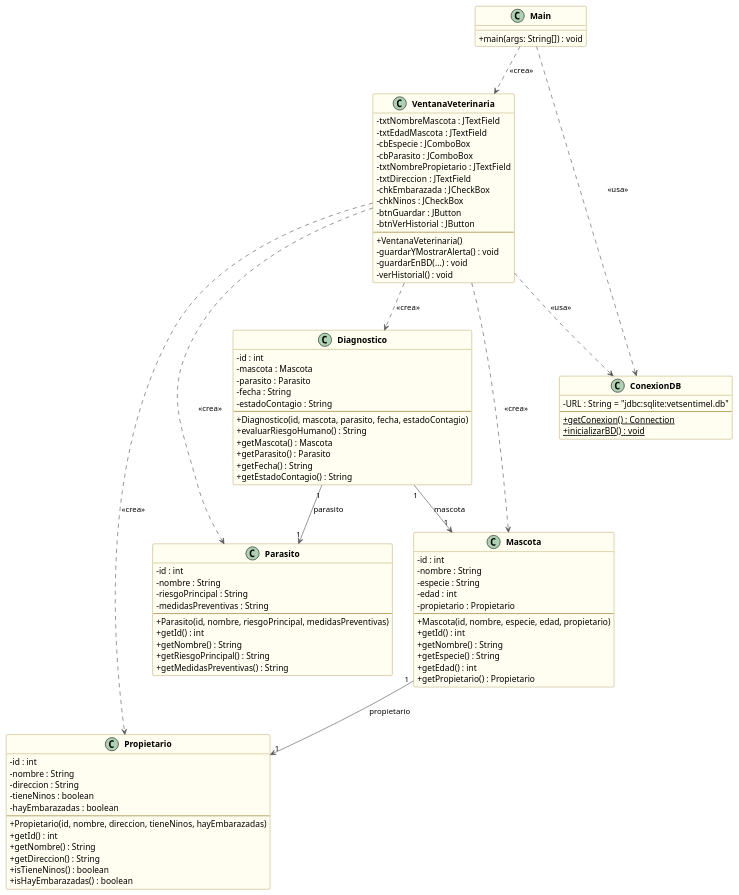
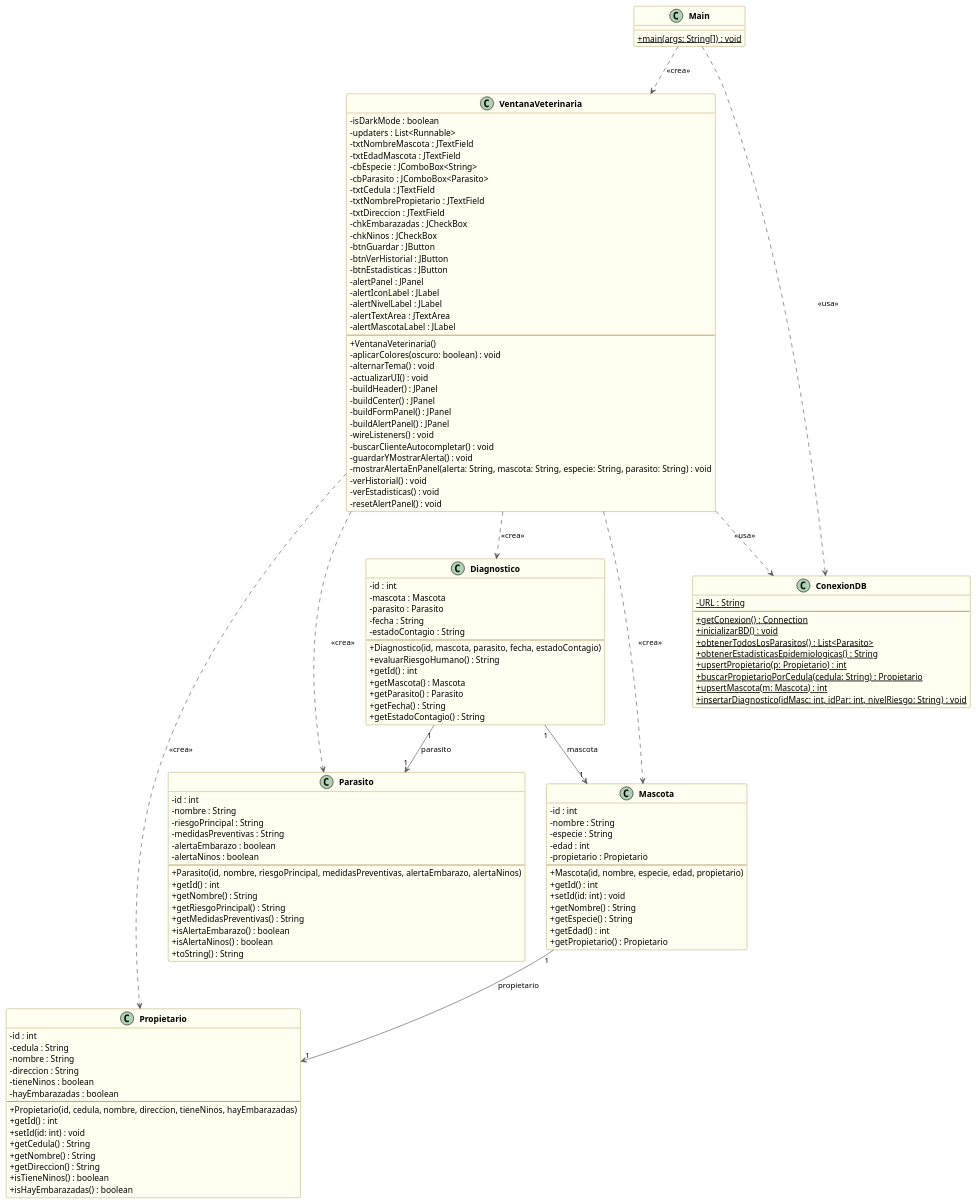
One commit to Fierro-z/VetSentinel changed the diagram in VetSentinel.puml. Above: the diagram before and after it, drawn with PlantUML.

Commit message:
actualizacion diagrama de clases

```diff
--- a/VetSentinel.puml
+++ b/VetSentinel.puml
@@ -1,112 +1,148 @@
 @startuml VetSentinel
 
 skinparam classAttributeIconSize 0
 skinparam classFontStyle Bold
 skinparam class {
     BackgroundColor #FFFEF0
     BorderColor #8B6914
     ArrowColor #555555
 }
 
 class Main {
-    + main(args: String[]) : void
+    + {static} main(args: String[]) : void
 }
 
 class ConexionDB {
-    - URL : String = "jdbc:sqlite:vetsentimel.db"
+    - {static} URL : String
     --
     + {static} getConexion() : Connection
     + {static} inicializarBD() : void
+    + {static} obtenerTodosLosParasitos() : List<Parasito>
+    + {static} obtenerEstadisticasEpidemiologicas() : String
+    + {static} upsertPropietario(p: Propietario) : int
+    + {static} buscarPropietarioPorCedula(cedula: String) : Propietario
+    + {static} upsertMascota(m: Mascota) : int
+    + {static} insertarDiagnostico(idMasc: int, idPar: int, nivelRiesgo: String) : void
 }
 
 class Propietario {
     - id : int
+    - cedula : String
     - nombre : String
     - direccion : String
     - tieneNinos : boolean
     - hayEmbarazadas : boolean
     --
-    + Propietario(id, nombre, direccion, tieneNinos, hayEmbarazadas)
+    + Propietario(id, cedula, nombre, direccion, tieneNinos, hayEmbarazadas)
     + getId() : int
+    + setId(id: int) : void
+    + getCedula() : String
     + getNombre() : String
     + getDireccion() : String
     + isTieneNinos() : boolean
     + isHayEmbarazadas() : boolean
 }
 
 class Mascota {
     - id : int
     - nombre : String
     - especie : String
     - edad : int
     - propietario : Propietario
     --
     + Mascota(id, nombre, especie, edad, propietario)
     + getId() : int
+    + setId(id: int) : void
     + getNombre() : String
     + getEspecie() : String
     + getEdad() : int
     + getPropietario() : Propietario
 }
 
 class Parasito {
     - id : int
     - nombre : String
     - riesgoPrincipal : String
     - medidasPreventivas : String
+    - alertaEmbarazo : boolean
+    - alertaNinos : boolean
     --
-    + Parasito(id, nombre, riesgoPrincipal, medidasPreventivas)
+    + Parasito(id, nombre, riesgoPrincipal, medidasPreventivas, alertaEmbarazo, alertaNinos)
     + getId() : int
     + getNombre() : String
     + getRiesgoPrincipal() : String
     + getMedidasPreventivas() : String
+    + isAlertaEmbarazo() : boolean
+    + isAlertaNinos() : boolean
+    + toString() : String
 }
 
 class Diagnostico {
     - id : int
     - mascota : Mascota
     - parasito : Parasito
     - fecha : String
     - estadoContagio : String
     --
     + Diagnostico(id, mascota, parasito, fecha, estadoContagio)
     + evaluarRiesgoHumano() : String
+    + getId() : int
     + getMascota() : Mascota
     + getParasito() : Parasito
     + getFecha() : String
     + getEstadoContagio() : String
 }
 
 class VentanaVeterinaria {
+    - isDarkMode : boolean
+    - updaters : List<Runnable>
     - txtNombreMascota : JTextField
     - txtEdadMascota : JTextField
-    - cbEspecie : JComboBox
-    - cbParasito : JComboBox
+    - cbEspecie : JComboBox<String>
+    - cbParasito : JComboBox<Parasito>
+    - txtCedula : JTextField
     - txtNombrePropietario : JTextField
     - txtDireccion : JTextField
-    - chkEmbarazada : JCheckBox
+    - chkEmbarazadas : JCheckBox
     - chkNinos : JCheckBox
     - btnGuardar : JButton
     - btnVerHistorial : JButton
+    - btnEstadisticas : JButton
+    - alertPanel : JPanel
+    - alertIconLabel : JLabel
+    - alertNivelLabel : JLabel
+    - alertTextArea : JTextArea
+    - alertMascotaLabel : JLabel
     --
     + VentanaVeterinaria()
+    - aplicarColores(oscuro: boolean) : void
+    - alternarTema() : void
+    - actualizarUI() : void
+    - buildHeader() : JPanel
+    - buildCenter() : JPanel
+    - buildFormPanel() : JPanel
+    - buildAlertPanel() : JPanel
+    - wireListeners() : void
+    - buscarClienteAutocompletar() : void
     - guardarYMostrarAlerta() : void
-    - guardarEnBD(...) : void
+    - mostrarAlertaEnPanel(alerta: String, mascota: String, especie: String, parasito: String) : void
     - verHistorial() : void
+    - verEstadisticas() : void
+    - resetAlertPanel() : void
 }
 
 ' Relaciones
 Main ..> ConexionDB : <<usa>>
 Main ..> VentanaVeterinaria : <<crea>>
 
 VentanaVeterinaria ..> ConexionDB : <<usa>>
 VentanaVeterinaria ..> Diagnostico : <<crea>>
 VentanaVeterinaria ..> Mascota : <<crea>>
 VentanaVeterinaria ..> Parasito : <<crea>>
 VentanaVeterinaria ..> Propietario : <<crea>>
 
 Diagnostico "1" --> "1" Mascota : mascota
 Diagnostico "1" --> "1" Parasito : parasito
 Mascota "1" --> "1" Propietario : propietario
 
 @enduml
```
